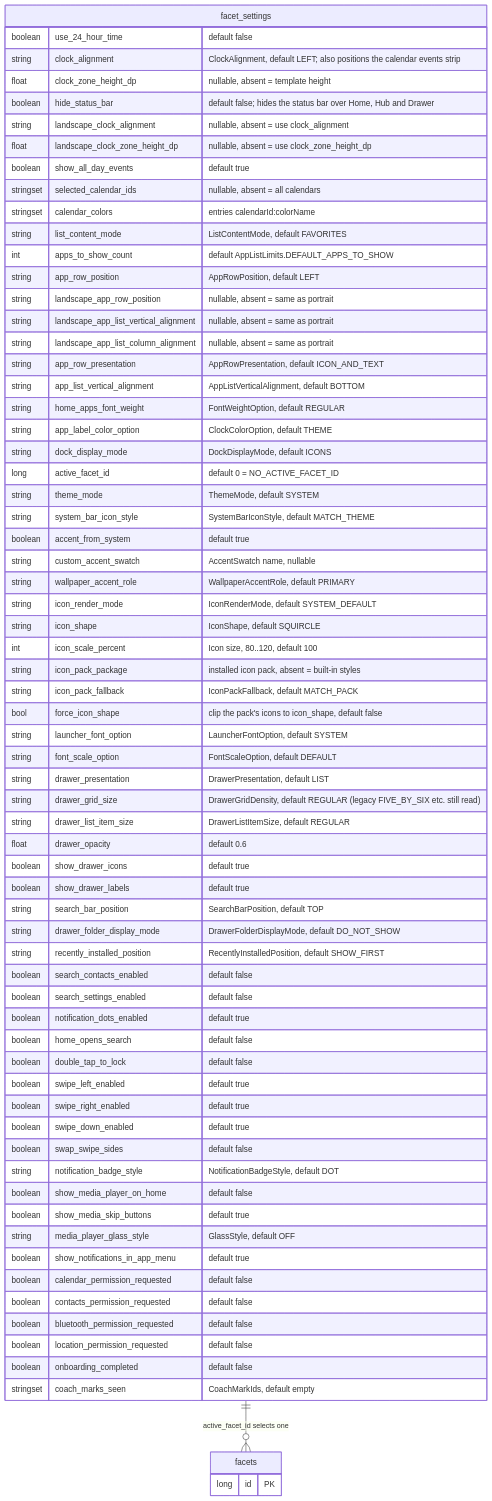
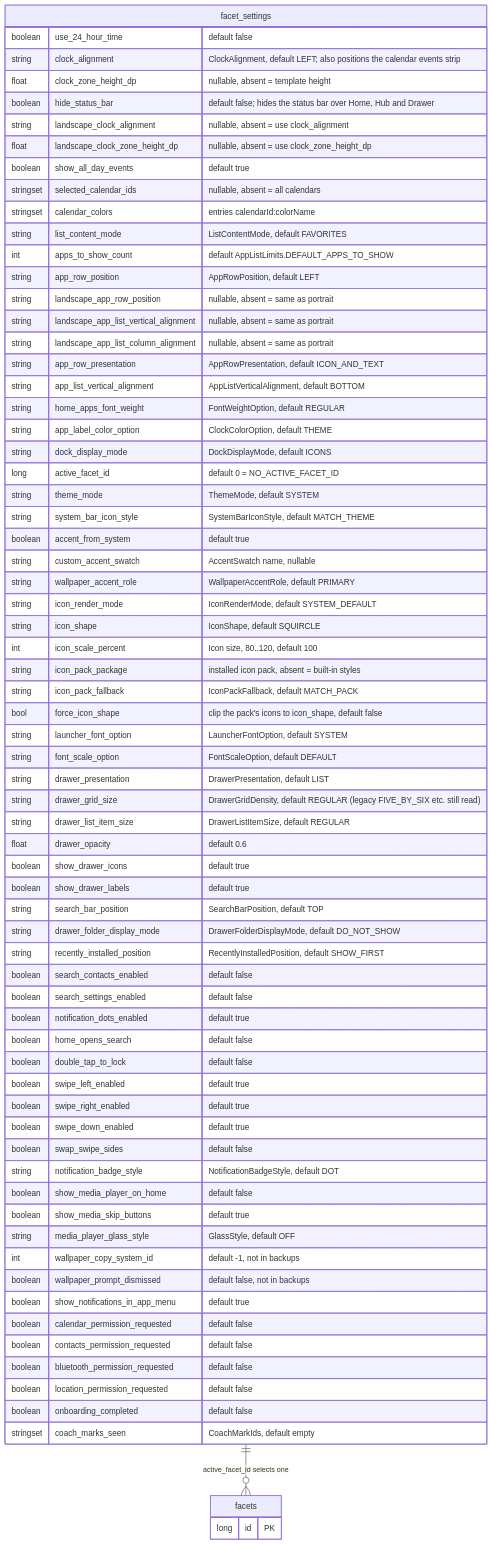
Before and after one commit to rohitganjam/facet-launcher: the third of 3 diagrams in docs/architecture/02-persistence-room.md, drawn with Mermaid. The commit also changed other lines of this file and 54 other files, not shown here.

First line of the commit message:
Add Facet wallpaper copy for real glass backgrounds

````diff
--- a/docs/architecture/02-persistence-room.md
+++ b/docs/architecture/02-persistence-room.md
@@ -420,74 +420,76 @@
 ```mermaid
 erDiagram
     facet_settings {
         boolean use_24_hour_time "default false"
         string clock_alignment "ClockAlignment, default LEFT; also positions the calendar events strip"
         float clock_zone_height_dp "nullable, absent = template height"
         boolean hide_status_bar "default false; hides the status bar over Home, Hub and Drawer"
         string landscape_clock_alignment "nullable, absent = use clock_alignment"
         float landscape_clock_zone_height_dp "nullable, absent = use clock_zone_height_dp"
         boolean show_all_day_events "default true"
         stringset selected_calendar_ids "nullable, absent = all calendars"
         stringset calendar_colors "entries calendarId:colorName"
         string list_content_mode "ListContentMode, default FAVORITES"
         int apps_to_show_count "default AppListLimits.DEFAULT_APPS_TO_SHOW"
         string app_row_position "AppRowPosition, default LEFT"
         string landscape_app_row_position "nullable, absent = same as portrait"
         string landscape_app_list_vertical_alignment "nullable, absent = same as portrait"
         string landscape_app_list_column_alignment "nullable, absent = same as portrait"
         string app_row_presentation "AppRowPresentation, default ICON_AND_TEXT"
         string app_list_vertical_alignment "AppListVerticalAlignment, default BOTTOM"
         string home_apps_font_weight "FontWeightOption, default REGULAR"
         string app_label_color_option "ClockColorOption, default THEME"
         string dock_display_mode "DockDisplayMode, default ICONS"
         long active_facet_id "default 0 = NO_ACTIVE_FACET_ID"
         string theme_mode "ThemeMode, default SYSTEM"
         string system_bar_icon_style "SystemBarIconStyle, default MATCH_THEME"
         boolean accent_from_system "default true"
         string custom_accent_swatch "AccentSwatch name, nullable"
         string wallpaper_accent_role "WallpaperAccentRole, default PRIMARY"
         string icon_render_mode "IconRenderMode, default SYSTEM_DEFAULT"
         string icon_shape "IconShape, default SQUIRCLE"
         int icon_scale_percent "Icon size, 80..120, default 100"
         string icon_pack_package "installed icon pack, absent = built-in styles"
         string icon_pack_fallback "IconPackFallback, default MATCH_PACK"
         bool force_icon_shape "clip the pack's icons to icon_shape, default false"
         string launcher_font_option "LauncherFontOption, default SYSTEM"
         string font_scale_option "FontScaleOption, default DEFAULT"
         string drawer_presentation "DrawerPresentation, default LIST"
         string drawer_grid_size "DrawerGridDensity, default REGULAR (legacy FIVE_BY_SIX etc. still read)"
         string drawer_list_item_size "DrawerListItemSize, default REGULAR"
         float drawer_opacity "default 0.6"
         boolean show_drawer_icons "default true"
         boolean show_drawer_labels "default true"
         string search_bar_position "SearchBarPosition, default TOP"
         string drawer_folder_display_mode "DrawerFolderDisplayMode, default DO_NOT_SHOW"
         string recently_installed_position "RecentlyInstalledPosition, default SHOW_FIRST"
         boolean search_contacts_enabled "default false"
         boolean search_settings_enabled "default false"
         boolean notification_dots_enabled "default true"
         boolean home_opens_search "default false"
         boolean double_tap_to_lock "default false"
         boolean swipe_left_enabled "default true"
         boolean swipe_right_enabled "default true"
         boolean swipe_down_enabled "default true"
         boolean swap_swipe_sides "default false"
         string notification_badge_style "NotificationBadgeStyle, default DOT"
         boolean show_media_player_on_home "default false"
         boolean show_media_skip_buttons "default true"
         string media_player_glass_style "GlassStyle, default OFF"
+        int wallpaper_copy_system_id "default -1, not in backups"
+        boolean wallpaper_prompt_dismissed "default false, not in backups"
         boolean show_notifications_in_app_menu "default true"
         boolean calendar_permission_requested "default false"
         boolean contacts_permission_requested "default false"
         boolean bluetooth_permission_requested "default false"
         boolean location_permission_requested "default false"
         boolean onboarding_completed "default false"
         stringset coach_marks_seen "CoachMarkIds, default empty"
     }
 
     facets {
         long id PK
     }
 
     facet_settings ||--o{ facets : "active_facet_id selects one"
 ```
````
